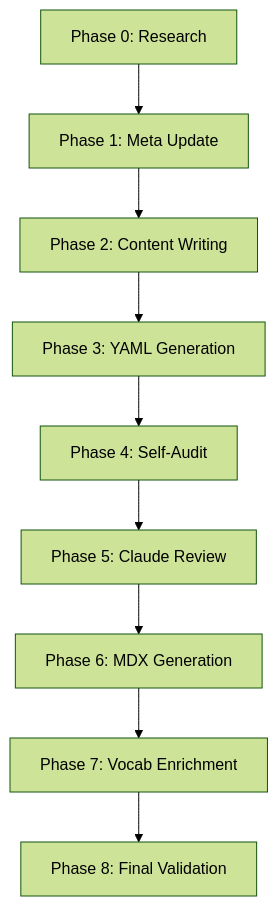
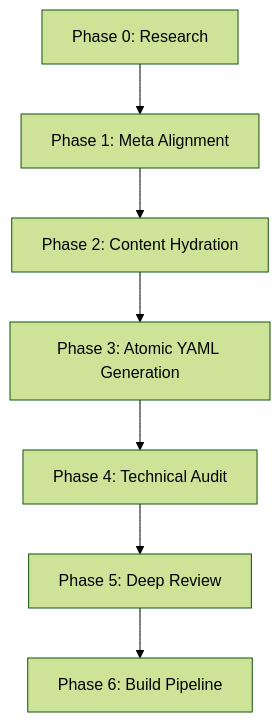
Before and after one commit to learn-ukrainian/learn-ukrainian.github.io: the first of 2 diagrams in docs/ORCHESTRATE-REBUILD.md, drawn with Mermaid (forest theme). The commit also changed other lines of this file and 4 other files, not shown here.

````diff
--- a/docs/ORCHESTRATE-REBUILD.md
+++ b/docs/ORCHESTRATE-REBUILD.md
@@ -11,11 +11,9 @@
 ```mermaid
 graph TD
-    P0[Phase 0: Research] --> P1[Phase 1: Meta Update]
-    P1 --> P2[Phase 2: Content Writing]
-    P2 --> P3[Phase 3: YAML Generation]
-    P3 --> P4[Phase 4: Self-Audit]
-    P4 --> P5[Phase 5: Claude Review]
-    P5 --> P6[Phase 6: MDX Generation]
-    P6 --> P7[Phase 7: Vocab Enrichment]
-    P7 --> P8[Phase 8: Final Validation]
+    P0[Phase 0: Research] --> P1[Phase 1: Meta Alignment]
+    P1 --> P2[Phase 2: Content Hydration]
+    P2 --> P3[Phase 3: Atomic YAML Generation]
+    P3 --> P4[Phase 4: Technical Audit]
+    P4 --> P5[Phase 5: Deep Review]
+    P5 --> P6[Phase 6: Build Pipeline]
 ```
````
